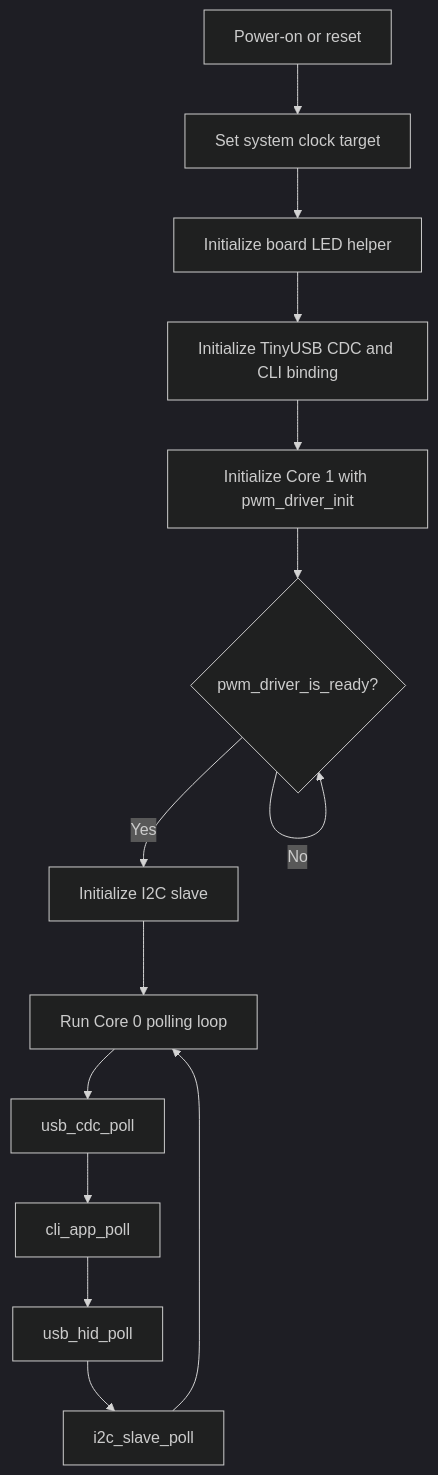
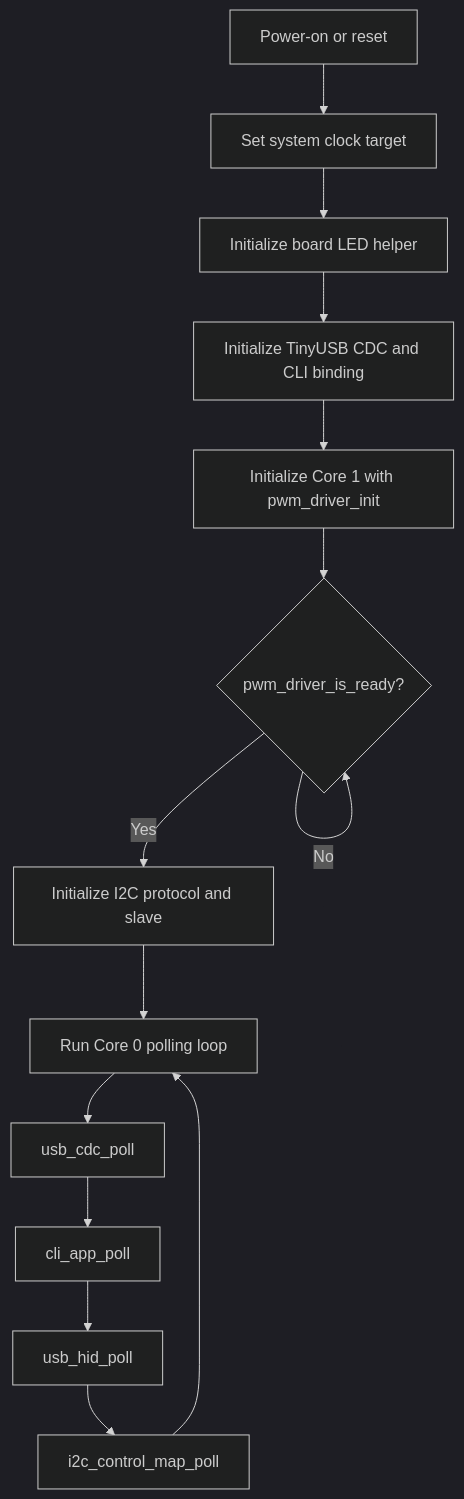
The fourth of 4 diagrams in docs/design/architecture.md (djwinter29-oss/PicoPWM), drawn with Mermaid (dark theme) before and after one commit. The commit also changed other lines of this file and 17 other files, not shown here.

````diff
--- a/docs/design/architecture.md
+++ b/docs/design/architecture.md
@@ -318,16 +318,16 @@
 ```mermaid
 flowchart TD
     Reset[Power-on or reset] --> Clock[Set system clock target]
     Clock --> LED[Initialize board LED helper]
     LED --> USB[Initialize TinyUSB CDC and CLI binding]
     USB --> Launch[Initialize Core 1 with pwm_driver_init]
     Launch --> Ready{pwm_driver_is_ready?}
     Ready -- No --> Ready
-    Ready -- Yes --> I2C[Initialize I2C slave]
+    Ready -- Yes --> I2C[Initialize I2C protocol and slave]
     I2C --> Loop[Run Core 0 polling loop]
     Loop --> USBPoll[usb_cdc_poll]
     USBPoll --> CLIPoll[cli_app_poll]
     CLIPoll --> HIDPoll[usb_hid_poll]
-    HIDPoll --> I2CPoll[i2c_slave_poll]
+    HIDPoll --> I2CPoll[i2c_control_map_poll]
     I2CPoll --> Loop
 ```
````
